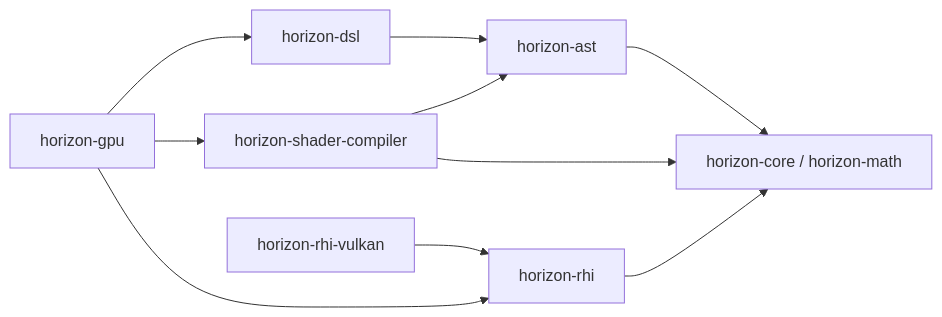
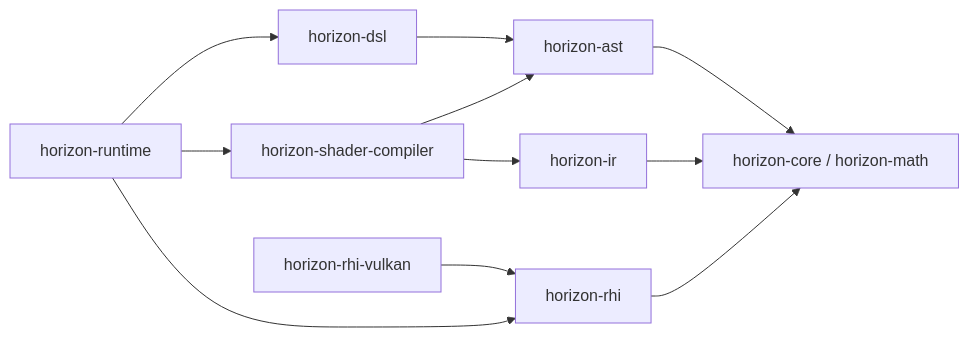
Before and after one commit to CoronaEngine/Horizon: the diagram in docs/architecture/ocarina-dsl-rhi-redesign.md, drawn with Mermaid. The commit also changed other lines of this file and 9 other files, not shown here.

Commit message:
refactor(runtime): extract DSL runtime adapters

````diff
--- a/docs/architecture/ocarina-dsl-rhi-redesign.md
+++ b/docs/architecture/ocarina-dsl-rhi-redesign.md
@@ -141,20 +148,22 @@
 ```mermaid
 flowchart LR
     DSL[horizon-dsl]
     AST[horizon-ast]
+    IR[horizon-ir]
     Compiler[horizon-shader-compiler]
-    GPU[horizon-gpu]
+    Runtime[horizon-runtime]
     RHI[horizon-rhi]
     Vulkan[horizon-rhi-vulkan]
     Core[horizon-core / horizon-math]
 
     DSL --> AST
     AST --> Core
+    IR --> Core
     Compiler --> AST
-    Compiler --> Core
+    Compiler --> IR
     RHI --> Core
     Vulkan --> RHI
-    GPU --> DSL
-    GPU --> Compiler
-    GPU --> RHI
+    Runtime --> DSL
+    Runtime --> Compiler
+    Runtime --> RHI
 ```
````
